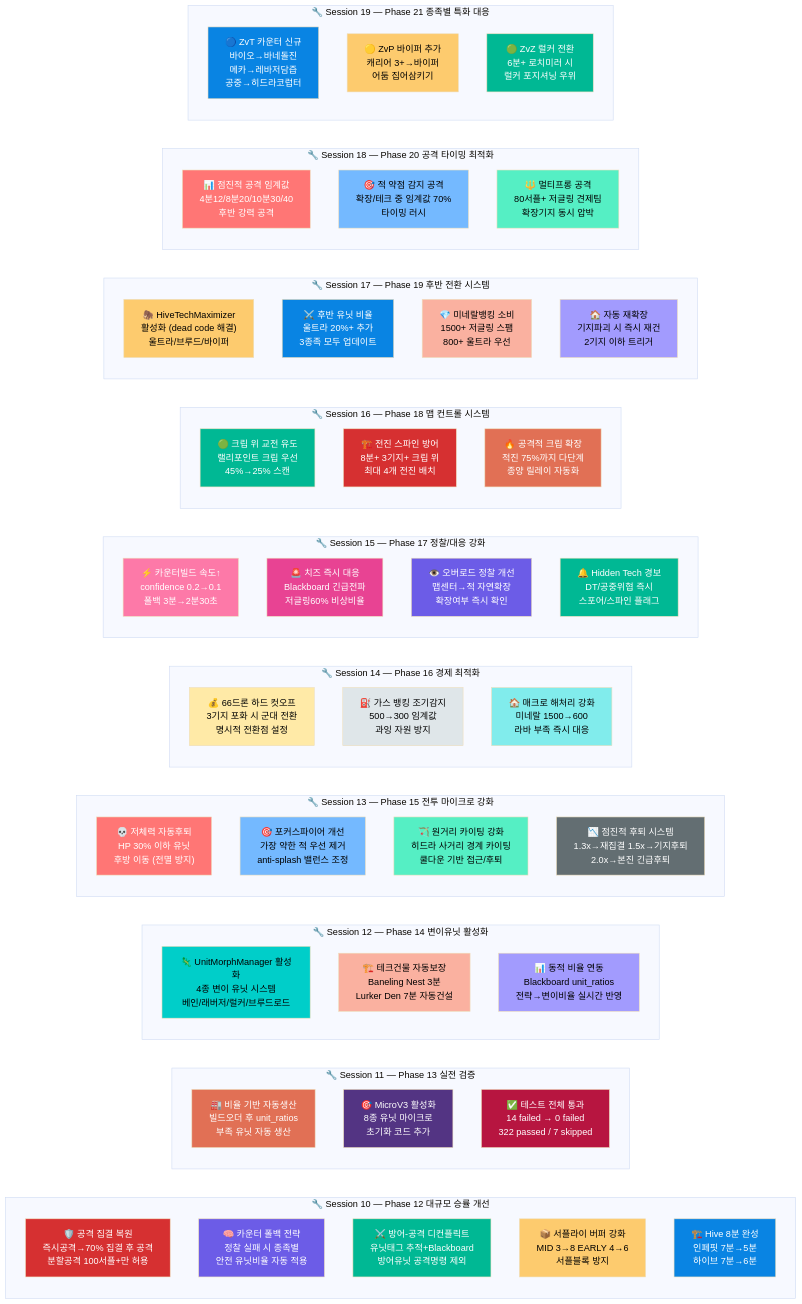
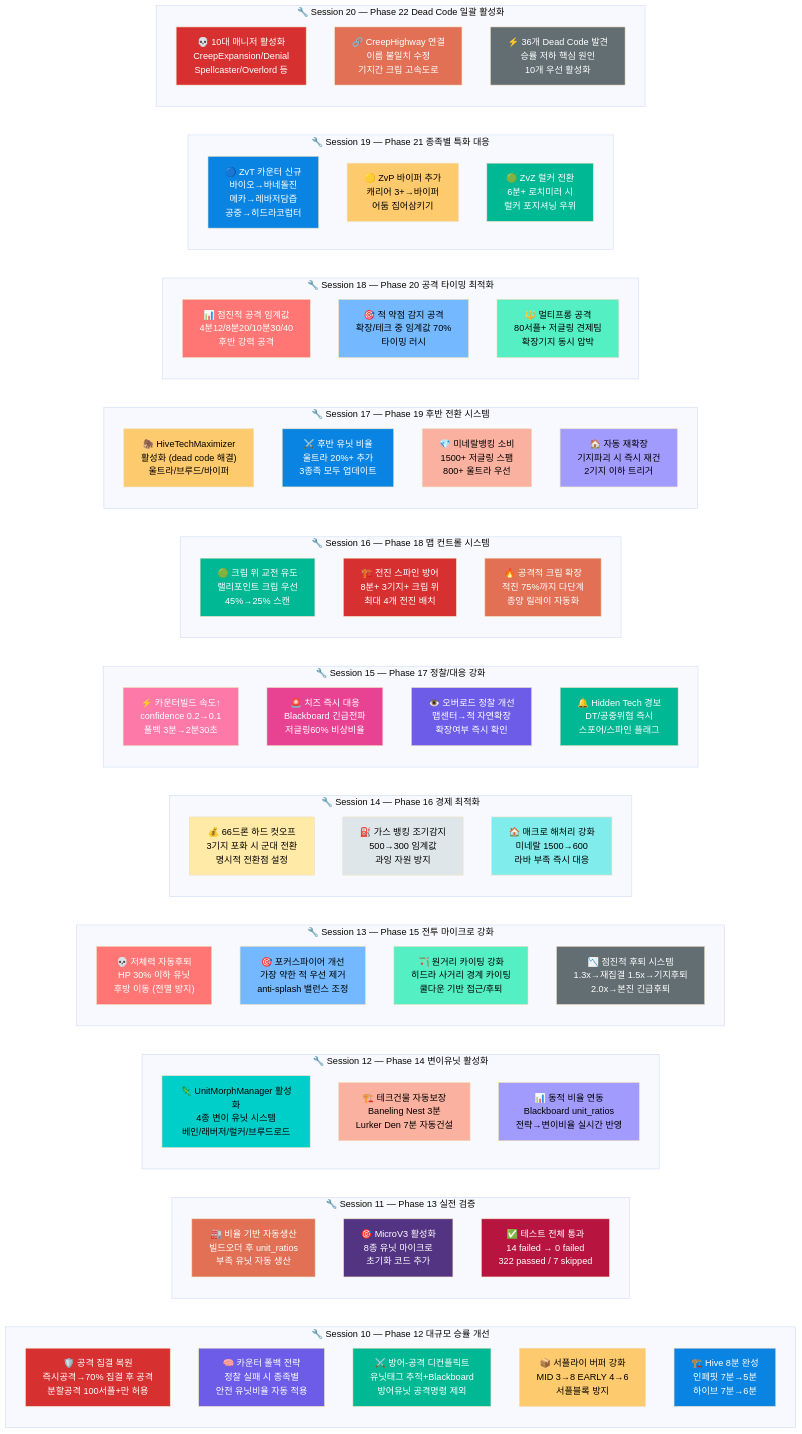
Diagram 31 of 31 in README.md (sun475300-sudo/Swarm-control-in-sc2bot), drawn with Mermaid (base theme) before and after one commit. The commit also changed other lines of this file and 1 other file, not shown here.

Commit message:
feat: Phase 22 Dead Code 일괄 활성화 — 10대 핵심 매니저 import/init
36개 미활성 매니저 발견 (승률 저하 핵심 원인)
10대 핵심 매니저 우선 활성화:
- CreepExpansionSystem (전 맵 크립 확장)
- CreepDenialSystem (적 크립 제거)
- CreepHighwayManager (기지간 크립 연결)
- SpellcasterAutomation (바이퍼/인페/레바저 담즙)
- OverlordSafetyManager (오버로드 안전)
- IdleUnitManager (유휴 유닛 관리)
- DynamicCounterSystem (동적 카운터)
- DefeatDetection (패배 감지)
- BattlePreparationSystem (전투 준비)
- UpgradeCoordinationSystem (업그레이드 조율)

````diff
--- a/README.md
+++ b/README.md
@@ -955,6 +957,13 @@
         FIX35["🟢 ZvZ 럴커 전환<br/>6분+ 로치미러 시<br/>럴커 포지셔닝 우위"]
     end
 
+    subgraph "🔧 Session 20 — Phase 22 Dead Code 일괄 활성화"
+        direction TB
+        FIX36["💀 10대 매니저 활성화<br/>CreepExpansion/Denial<br/>Spellcaster/Overlord 등"]
+        FIX37["🔗 CreepHighway 연결<br/>이름 불일치 수정<br/>기지간 크립 고속도로"]
+        FIX38["⚡ 36개 Dead Code 발견<br/>승률 저하 핵심 원인<br/>10개 우선 활성화"]
+    end
+
     style FIX1 fill:#d63031,color:#fff
     style FIX2 fill:#6c5ce7,color:#fff
     style FIX3 fill:#00b894,color:#fff
@@ -990,4 +999,7 @@
     style FIX33 fill:#0984e3,color:#fff
     style FIX34 fill:#fdcb6e,color:#000
     style FIX35 fill:#00b894,color:#fff
+    style FIX36 fill:#d63031,color:#fff
+    style FIX37 fill:#e17055,color:#fff
+    style FIX38 fill:#636e72,color:#fff
 ```
````
